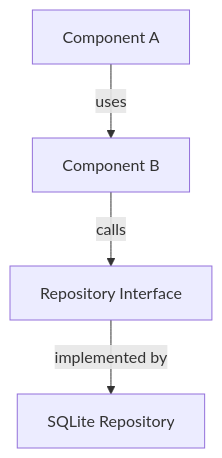
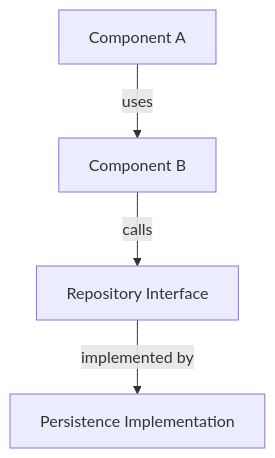
One commit to jryanvieira/specforge changed the diagram in skills/specforge/references/design.md. Above: the diagram before and after it, drawn with Mermaid. The commit also changed other lines of this file and 6 other files, not shown here.

````diff
--- a/skills/specforge/references/design.md
+++ b/skills/specforge/references/design.md
@@ -48,6 +48,6 @@
 ```mermaid
 graph TD
     A[Component A] -->|uses| B[Component B]
     B -->|calls| C[Repository Interface]
-    C -->|implemented by| D[SQLite Repository]
+    C -->|implemented by| D[Persistence Implementation]
 ```
````
